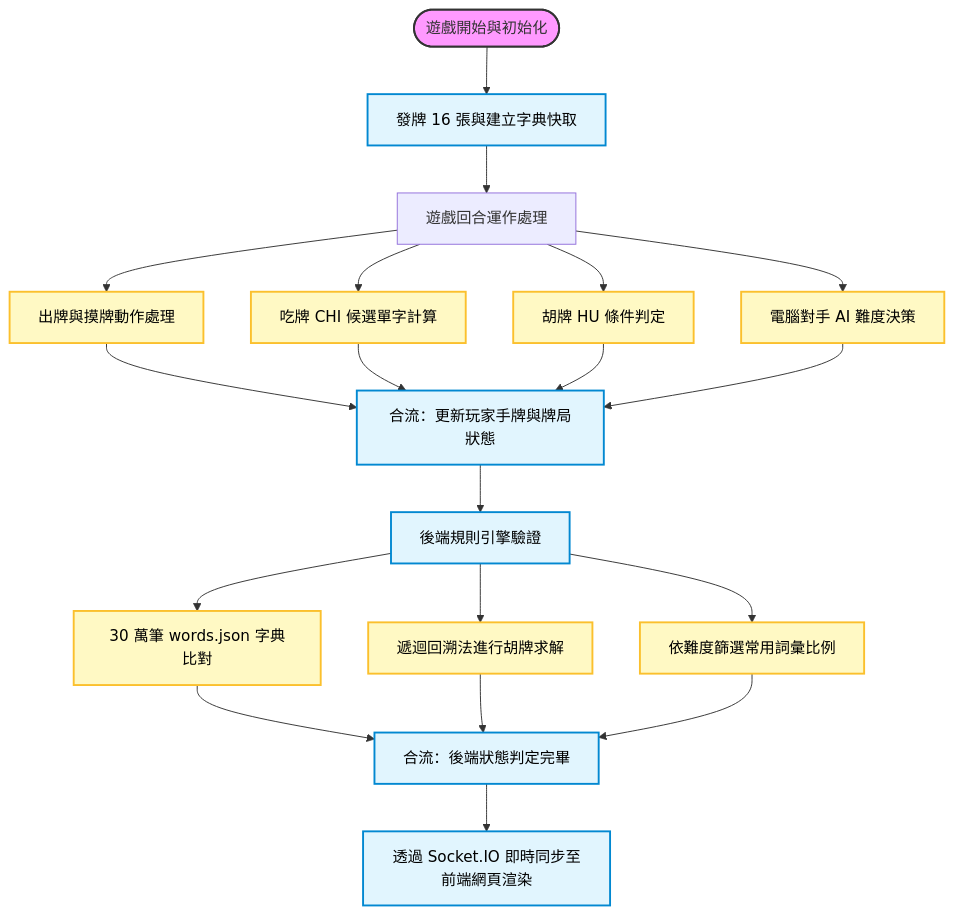
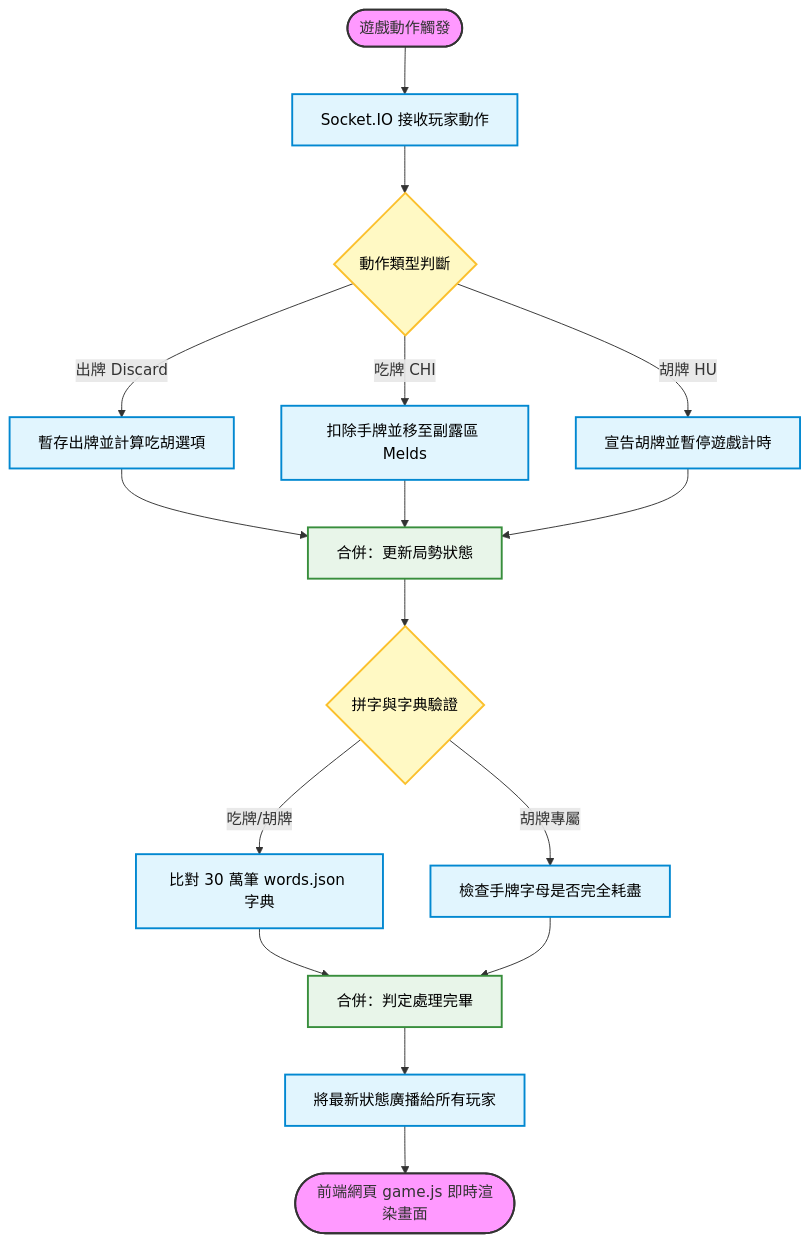
The diagram in EXHIBITION.md (redbacon0423/english-mahjohn), drawn with Mermaid before and after one commit. The commit also changed 1 other file, not shown here.

Commit message:
docs: simplify process flowchart, focusing purely on game action inputs and server-side word validations

````diff
--- a/EXHIBITION.md
+++ b/EXHIBITION.md
@@ -145,38 +145,36 @@
 ```mermaid
 flowchart TD
     %% Define Styles
     classDef startEnd fill:#f9f,stroke:#333,stroke-width:2px;
     classDef process fill:#e1f5fe,stroke:#0288d1,stroke-width:2px,color:#000;
     classDef branch fill:#fff9c4,stroke:#fbc02d,stroke-width:2px,color:#000;
     classDef merge fill:#e8f5e9,stroke:#388e3c,stroke-width:2px,color:#000;
     
-    Start([遊戲開始與初始化]) --> Init[發牌 16 張與建立字典快取]
-    Init --> TurnDecision[遊戲回合運作處理]
+    Start([遊戲動作觸發]) --> ActionHandler[Socket.IO 接收玩家動作]
+    ActionHandler --> ActionBranch{動作類型判斷}
     
-    TurnDecision --> DiscardProc[出牌與摸牌動作處理]
-    TurnDecision --> ChiOption[吃牌 CHI 候選單字計算]
-    TurnDecision --> HuVerify[胡牌 HU 條件判定]
-    TurnDecision --> AIDecision[電腦對手 AI 難度決策]
+    ActionBranch -->|出牌 Discard| DiscardFlow[暫存出牌並計算吃胡選項]
+    ActionBranch -->|吃牌 CHI| ChiFlow[扣除手牌並移至副露區 Melds]
+    ActionBranch -->|胡牌 HU| HuFlow[宣告胡牌並暫停遊戲計時]
     
-    DiscardProc --> MergeState[合流：更新玩家手牌與牌局狀態]
-    ChiOption --> MergeState
-    HuVerify --> MergeState
-    AIDecision --> MergeState
+    DiscardFlow --> VerifyMerge[合併：更新局勢狀態]
+    ChiFlow --> VerifyMerge
+    HuFlow --> VerifyMerge
     
-    MergeState --> EngineCheck[後端規則引擎驗證]
+    VerifyMerge --> WordEngine{拼字與字典驗證}
     
-    EngineCheck --> DictCheck[30 萬筆 words.json 字典比對]
-    EngineCheck --> Backtrack[遞迴回溯法進行胡牌求解]
-    EngineCheck --> RankCheck[依難度篩選常用詞彙比例]
+    WordEngine -->|吃牌/胡牌| DictCheck[比對 30 萬筆 words.json 字典]
+    WordEngine -->|胡牌專屬| MatchCheck[檢查手牌字母是否完全耗盡]
     
-    DictCheck --> Broadcast[合流：後端狀態判定完畢]
-    Backtrack --> Broadcast
-    RankCheck --> Broadcast
+    DictCheck --> SyncMerge[合併：判定處理完畢]
+    MatchCheck --> SyncMerge
     
-    Broadcast --> Render[透過 Socket.IO 即時同步至前端網頁渲染]
+    SyncMerge --> Broadcast[將最新狀態廣播給所有玩家]
+    Broadcast --> Render([前端網頁 game.js 即時渲染畫面])
     
     %% Apply styles
-    class Start startEnd;
-    class Init,MergeState,EngineCheck,Broadcast,Render process;
-    class DiscardProc,ChiOption,HuVerify,AIDecision,DictCheck,Backtrack,RankCheck branch;
+    class Start,Render startEnd;
+    class ActionHandler,DiscardFlow,ChiFlow,HuFlow,DictCheck,MatchCheck,Broadcast process;
+    class ActionBranch,WordEngine branch;
+    class VerifyMerge,SyncMerge merge;
 ```
````
